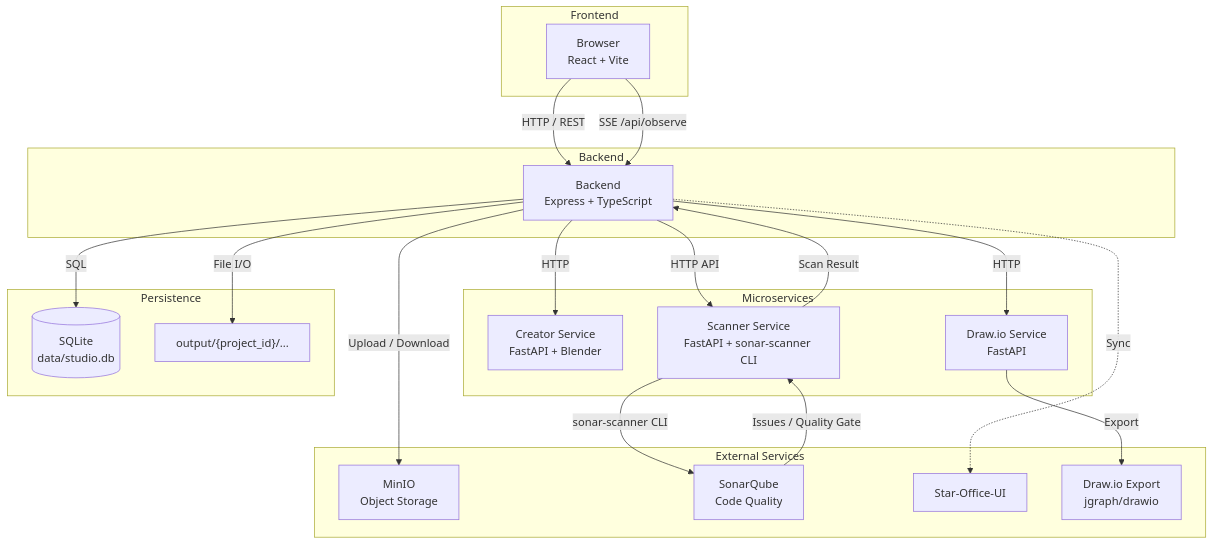
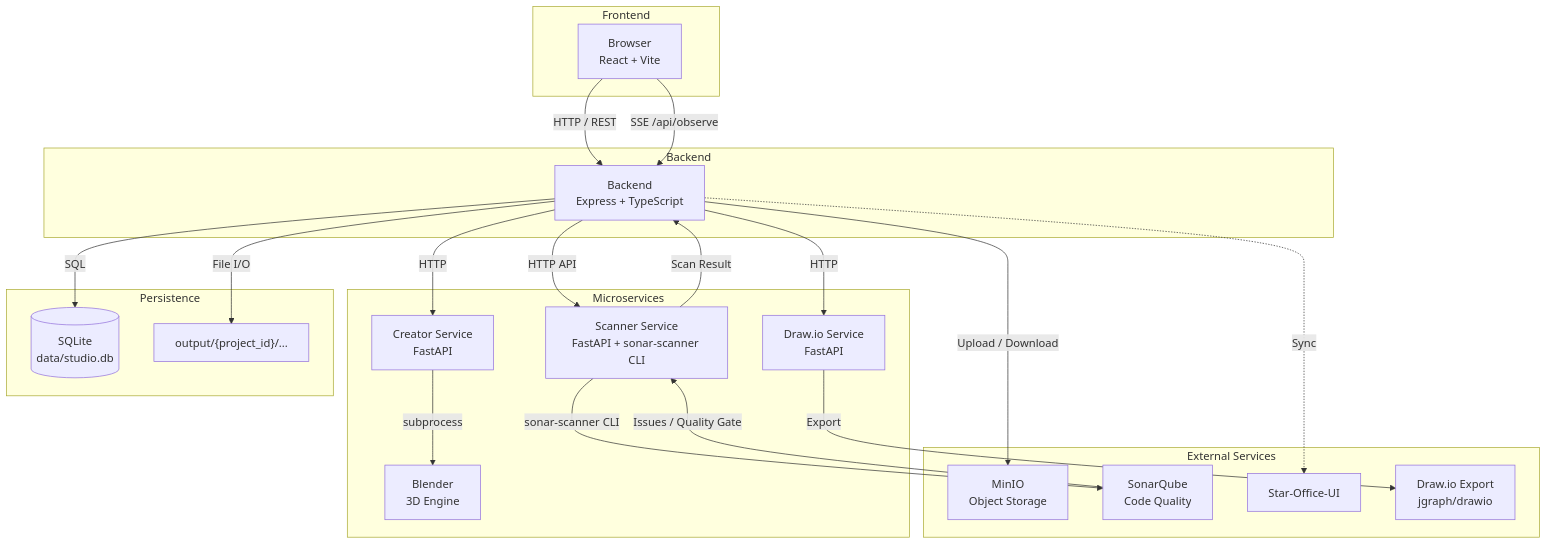
Before and after one commit to luoxiaojun1992/game-studio: the diagram in docs/ARCHITECTURE.md, drawn with Mermaid. The commit also changed 1 other file, not shown here.

Commit message:
docs: add Blender node to mermaid architecture diagram
- separate Blender 3D Engine from Creator Service as explicit node
- show Creator -> subprocess -> Blender connection in both EN/CN diagrams

````diff
--- a/docs/ARCHITECTURE.md
+++ b/docs/ARCHITECTURE.md
@@ -18,44 +18,46 @@
 ```mermaid
 graph TB
     subgraph "Frontend"
         Browser["Browser<br/>React + Vite"]
     end
 
     subgraph "Backend"
         BE["Backend<br/>Express + TypeScript"]
     end
 
     subgraph "External Services"
         MinIO["MinIO<br/>Object Storage"]
         Sonar["SonarQube<br/>Code Quality"]
         StarOffice["Star-Office-UI"]
         DrawioExport["Draw.io Export<br/>jgraph/drawio"]
     end
 
     subgraph "Microservices"
-        Creator["Creator Service<br/>FastAPI + Blender"]
+        Creator["Creator Service<br/>FastAPI"]
+        Blender["Blender<br/>3D Engine"]
         Drawio["Draw.io Service<br/>FastAPI"]
         Scanner["Scanner Service<br/>FastAPI + sonar-scanner CLI"]
     end
 
     subgraph "Persistence"
         SQLite[("SQLite<br/>data/studio.db")]
         Output["output/{project_id}/..."]
     end
 
     Browser -->|HTTP / REST| BE
     Browser -->|SSE /api/observe| BE
 
     BE -->|HTTP| Creator
     BE -->|HTTP| Drawio
     BE -->|Upload / Download| MinIO
     BE -->|SQL| SQLite
     BE -->|File I/O| Output
     BE -->|HTTP API| Scanner
     BE -.->|Sync| StarOffice
+    Creator -->|subprocess| Blender
     Drawio -->|Export| DrawioExport
 
     Scanner -->|sonar-scanner CLI| Sonar
     Sonar -->|Issues / Quality Gate| Scanner
     Scanner -->|Scan Result| BE
 ```
````
